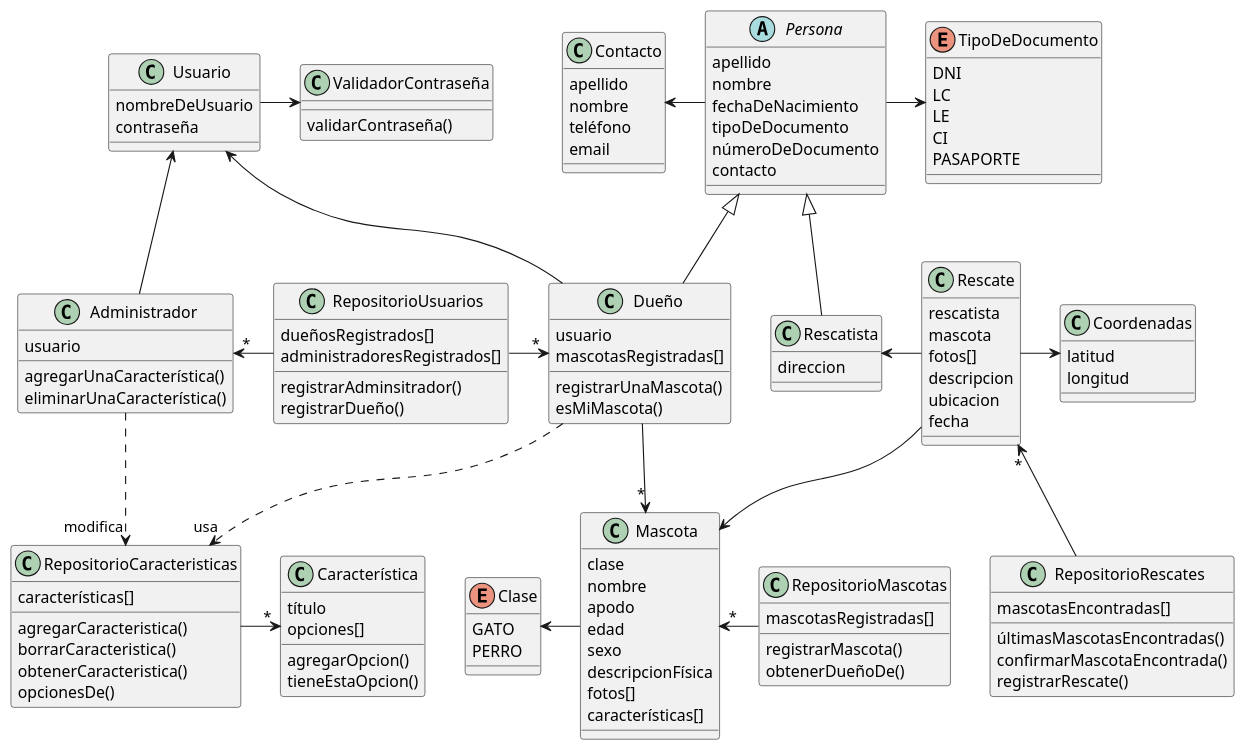
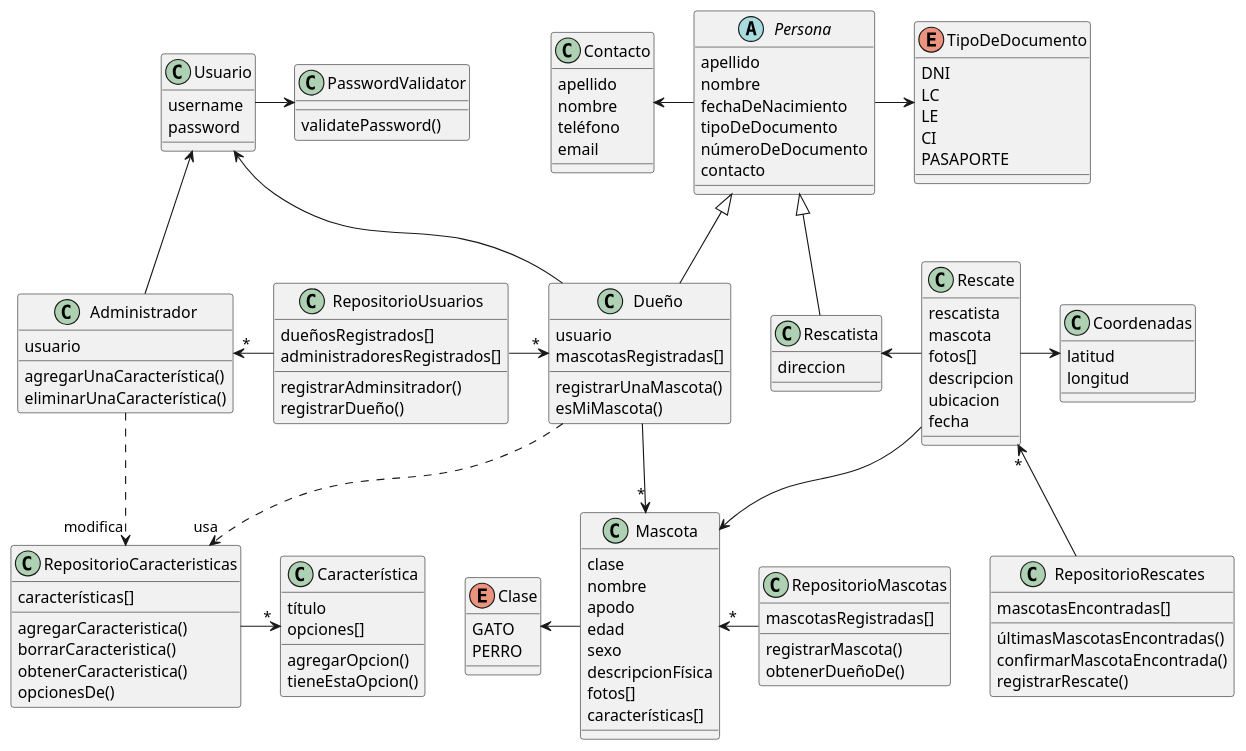
Before and after one commit to aleeherasimiuk/RescateDePatitas: the diagram in diagramaDeClases.plantuml, drawn with PlantUML. The commit also changed 1 other file, not shown here.

```diff
--- a/diagramaDeClases.plantuml
+++ b/diagramaDeClases.plantuml
@@ -1,148 +1,148 @@
 @startuml RescateDePatitas
 
 
 abstract class Persona{
   apellido
   nombre
   fechaDeNacimiento
   tipoDeDocumento
   númeroDeDocumento
   contacto
 
 }
 
 class Contacto{
   apellido
   nombre
   teléfono
   email
 }
 
 class Rescatista{
   direccion
 }
 
 class Mascota{
   clase
   nombre
   apodo
   edad
   sexo
   descripcionFísica
   fotos[]
   características[]
 }
 
 enum Clase{
   GATO
   PERRO
 }
 
 
 enum TipoDeDocumento{
   DNI
   LC /' Libreta Cívica '/
   LE /' Libreta de Enrolamiento '/
   CI /' Cédula de Identidad '/
   PASAPORTE
 }
 
 class Rescate{
   rescatista
   mascota
   fotos[]
   descripcion
   ubicacion
   fecha
 }
 
 class Coordenadas{
   latitud
   longitud
 }
 
 class Usuario{
-  nombreDeUsuario
-  contraseña
+  username
+  password
 }
 
 class Administrador{
   usuario
   agregarUnaCaracterística()
   eliminarUnaCaracterística()
 
 }
 
 class Dueño{
   usuario
   mascotasRegistradas[]
   registrarUnaMascota()
   esMiMascota()
 }
 
 
 class RepositorioUsuarios{
   dueñosRegistrados[]
   administradoresRegistrados[]
   registrarAdminsitrador()
   registrarDueño()
 }
 
 class RepositorioMascotas{
   mascotasRegistradas[]
   registrarMascota()
   obtenerDueñoDe()
 }
 
 class RepositorioRescates{
   mascotasEncontradas[]
   últimasMascotasEncontradas()
   confirmarMascotaEncontrada()
   registrarRescate()
 }
 
 
 class Característica{
   título
   opciones[]
   agregarOpcion()
   tieneEstaOpcion()
 }
 
 class RepositorioCaracteristicas{
   características[]
   agregarCaracteristica()
   borrarCaracteristica()
   obtenerCaracteristica()
   opcionesDe()
 }
 
-class ValidadorContraseña{
-  validarContraseña()
+class PasswordValidator{
+  validatePassword()
 }
 
 
 Rescatista -u-|> Persona
 Rescate -l-> Rescatista
-Usuario -> ValidadorContraseña
+Usuario -> PasswordValidator
 Dueño -u-> Usuario
 Rescate -d-> Mascota
 RepositorioMascotas -l-> "*" Mascota
 RepositorioRescates -u-> "*" Rescate
 RepositorioUsuarios -l-> "*" Administrador
 RepositorioUsuarios -r-> "*" Dueño
 Persona -> TipoDeDocumento
 Dueño -u-|> Persona
 Persona -l-> Contacto
 Mascota -l-> Clase
 Dueño -d->"*" Mascota
 Administrador -u-> Usuario
 Rescate -> Coordenadas
 RepositorioCaracteristicas ->"*" Característica
 Dueño ..>"usa" RepositorioCaracteristicas
 Administrador ..>"modifica" RepositorioCaracteristicas
 
 
 
 
 @enduml
```
